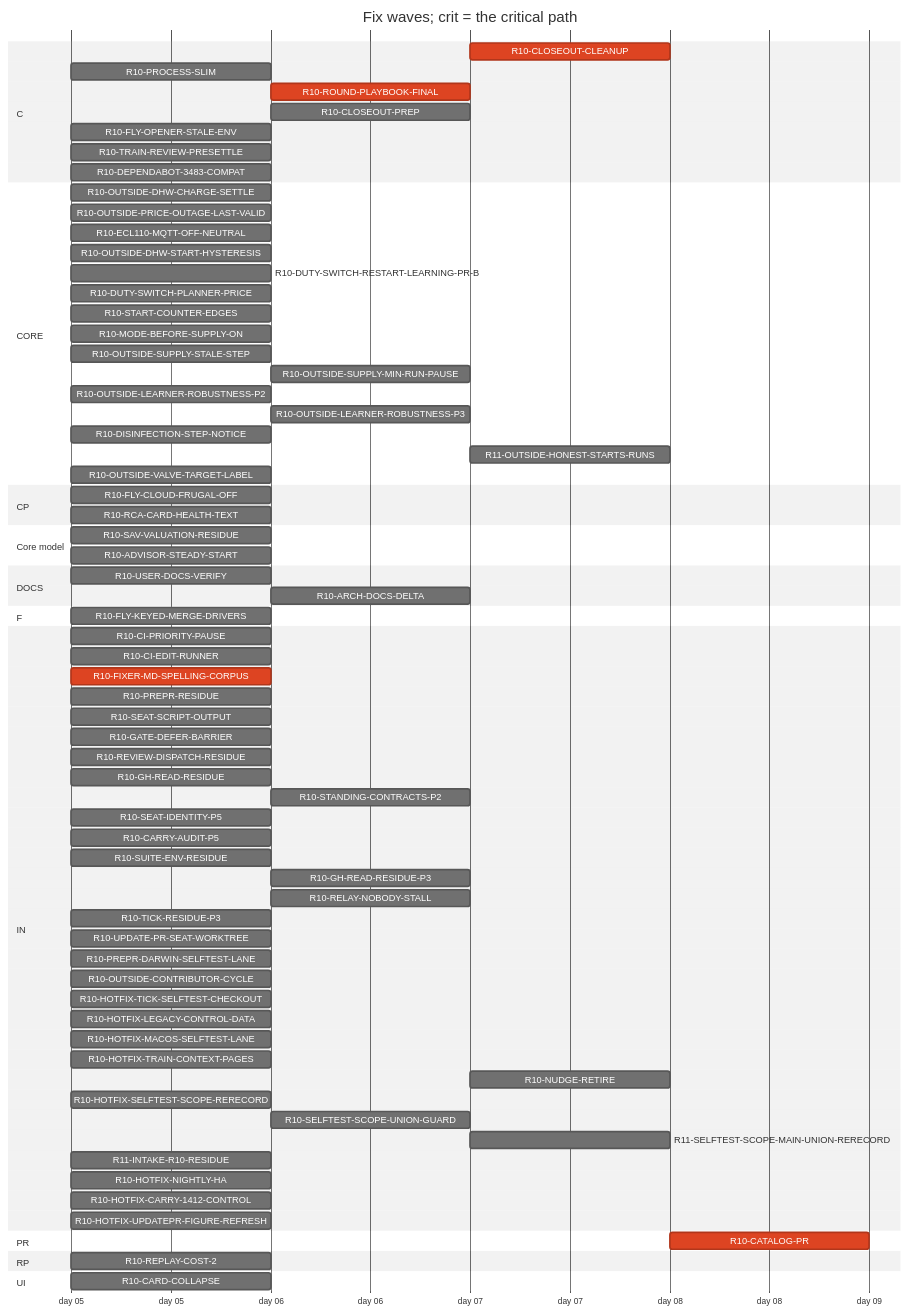
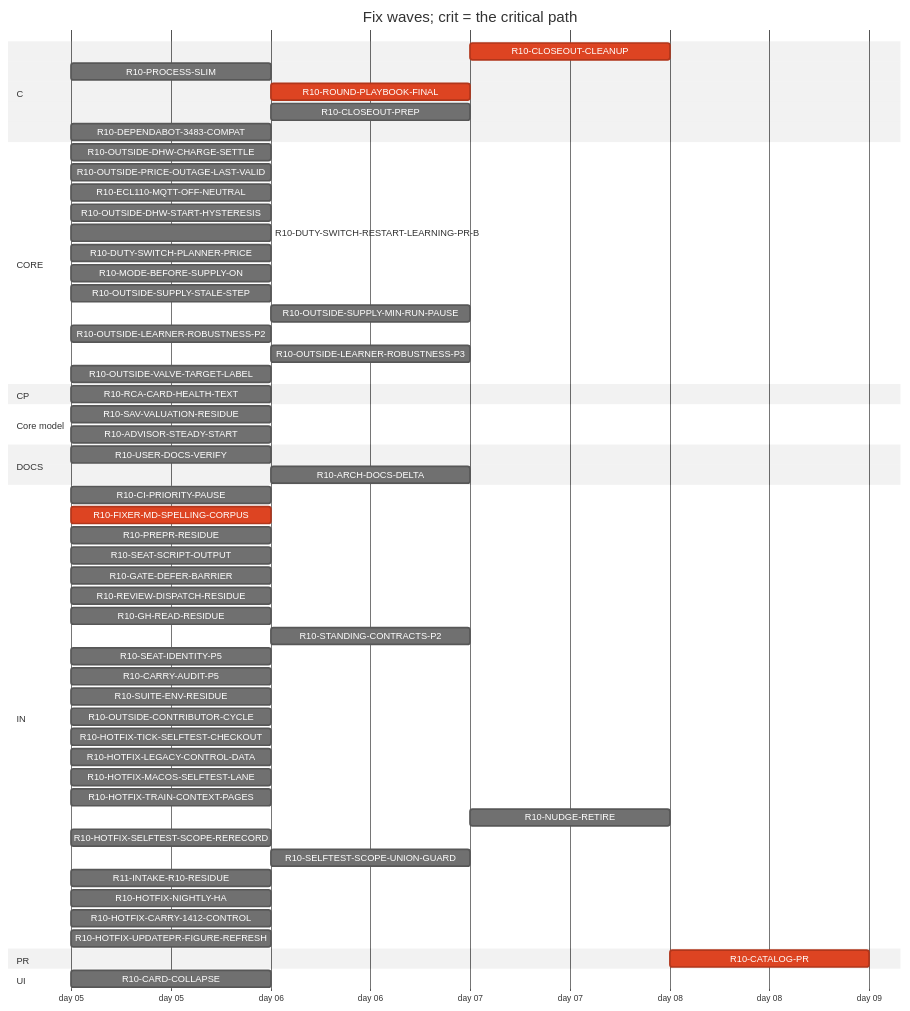
The diagram in handoff/round10/state/PLAN-TABLE.md (tvofi/heatpump_optimizer), drawn with Mermaid (neutral theme) before and after one commit. The commit also changed other lines of this file and 4 other files, not shown here.

Commit message:
state: FLOW-BOARD.md, NEXT-SESSION-PROMPT.md, PLAN-TABLE.md, PLAN.html, RESUME-CURRENT.md regenerated (state_docs.py)

````diff
--- a/handoff/round10/state/PLAN-TABLE.md
+++ b/handoff/round10/state/PLAN-TABLE.md
@@ -23,78 +21,61 @@
 ```mermaid
 gantt
   title Fix waves; crit = the critical path
   dateFormat YYYY-MM-DD
   axisFormat day %d
   section C
     R10-CLOSEOUT-CLEANUP :crit, r10CLOSEOUTCLEANUP, after r10USERDOCSVERIFY r10ROUNDPLAYBOOKFINAL r10CLOSEOUTPREP r10ARCHDOCSDELTA, 1d
     R10-PROCESS-SLIM :r10PROCESSSLIM, 2026-01-05, 1d
     R10-ROUND-PLAYBOOK-FINAL :crit, r10ROUNDPLAYBOOKFINAL, after r10FIXERMDSPELLINGCORPUS, 1d
     R10-CLOSEOUT-PREP :r10CLOSEOUTPREP, after r10FIXERMDSPELLINGCORPUS, 1d
-    R10-FLY-OPENER-STALE-ENV :r10FLYOPENERSTALEENV, 2026-01-05, 1d
-    R10-TRAIN-REVIEW-PRESETTLE :r10TRAINREVIEWPRESETTLE, 2026-01-05, 1d
     R10-DEPENDABOT-3483-COMPAT :r10DEPENDABOT3483COMPAT, 2026-01-05, 1d
   section CORE
     R10-OUTSIDE-DHW-CHARGE-SETTLE :r10OUTSIDEDHWCHARGESETTLE, 2026-01-05, 1d
     R10-OUTSIDE-PRICE-OUTAGE-LAST-VALID :r10OUTSIDEPRICEOUTAGELASTVALID, 2026-01-05, 1d
     R10-ECL110-MQTT-OFF-NEUTRAL :r10ECL110MQTTOFFNEUTRAL, 2026-01-05, 1d
     R10-OUTSIDE-DHW-START-HYSTERESIS :r10OUTSIDEDHWSTARTHYSTERESIS, 2026-01-05, 1d
     R10-DUTY-SWITCH-RESTART-LEARNING-PR-B :r10DUTYSWITCHRESTARTLEARNINGPRB, 2026-01-05, 1d
     R10-DUTY-SWITCH-PLANNER-PRICE :r10DUTYSWITCHPLANNERPRICE, 2026-01-05, 1d
-    R10-START-COUNTER-EDGES :r10STARTCOUNTEREDGES, 2026-01-05, 1d
     R10-MODE-BEFORE-SUPPLY-ON :r10MODEBEFORESUPPLYON, 2026-01-05, 1d
     R10-OUTSIDE-SUPPLY-STALE-STEP :r10OUTSIDESUPPLYSTALESTEP, 2026-01-05, 1d
     R10-OUTSIDE-SUPPLY-MIN-RUN-PAUSE :r10OUTSIDESUPPLYMINRUNPAUSE, after r10OUTSIDESUPPLYSTALESTEP, 1d
     R10-OUTSIDE-LEARNER-ROBUSTNESS-P2 :r10OUTSIDELEARNERROBUSTNESSP2, 2026-01-05, 1d
     R10-OUTSIDE-LEARNER-ROBUSTNESS-P3 :r10OUTSIDELEARNERROBUSTNESSP3, after r10OUTSIDELEARNERROBUSTNESSP2, 1d
-    R10-DISINFECTION-STEP-NOTICE :r10DISINFECTIONSTEPNOTICE, 2026-01-05, 1d
-    R11-OUTSIDE-HONEST-STARTS-RUNS :r11OUTSIDEHONESTSTARTSRUNS, after r10DUTYSWITCHPLANNERPRICE r10OUTSIDEDHWSTARTHYSTERESIS r10OUTSIDESUPPLYMINRUNPAUSE r10ADVISORSTEADYSTART, 1d
     R10-OUTSIDE-VALVE-TARGET-LABEL :r10OUTSIDEVALVETARGETLABEL, 2026-01-05, 1d
   section CP
-    R10-FLY-CLOUD-FRUGAL-OFF :r10FLYCLOUDFRUGALOFF, 2026-01-05, 1d
     R10-RCA-CARD-HEALTH-TEXT :r10RCACARDHEALTHTEXT, 2026-01-05, 1d
   section Core model
     R10-SAV-VALUATION-RESIDUE :r10SAVVALUATIONRESIDUE, 2026-01-05, 1d
     R10-ADVISOR-STEADY-START :r10ADVISORSTEADYSTART, 2026-01-05, 1d
   section DOCS
     R10-USER-DOCS-VERIFY :r10USERDOCSVERIFY, 2026-01-05, 1d
     R10-ARCH-DOCS-DELTA :r10ARCHDOCSDELTA, after r10SAVVALUATIONRESIDUE r10ADVISORSTEADYSTART r10PROCESSSLIM, 1d
-  section F
-    R10-FLY-KEYED-MERGE-DRIVERS :r10FLYKEYEDMERGEDRIVERS, 2026-01-05, 1d
   section IN
     R10-CI-PRIORITY-PAUSE :r10CIPRIORITYPAUSE, 2026-01-05, 1d
-    R10-CI-EDIT-RUNNER :r10CIEDITRUNNER, 2026-01-05, 1d
     R10-FIXER-MD-SPELLING-CORPUS :crit, r10FIXERMDSPELLINGCORPUS, 2026-01-05, 1d
     R10-PREPR-RESIDUE :r10PREPRRESIDUE, 2026-01-05, 1d
     R10-SEAT-SCRIPT-OUTPUT :r10SEATSCRIPTOUTPUT, 2026-01-05, 1d
     R10-GATE-DEFER-BARRIER :r10GATEDEFERBARRIER, 2026-01-05, 1d
     R10-REVIEW-DISPATCH-RESIDUE :r10REVIEWDISPATCHRESIDUE, 2026-01-05, 1d
     R10-GH-READ-RESIDUE :r10GHREADRESIDUE, 2026-01-05, 1d
     R10-STANDING-CONTRACTS-P2 :r10STANDINGCONTRACTSP2, after r10FIXERMDSPELLINGCORPUS, 1d
     R10-SEAT-IDENTITY-P5 :r10SEATIDENTITYP5, 2026-01-05, 1d
     R10-CARRY-AUDIT-P5 :r10CARRYAUDITP5, 2026-01-05, 1d
     R10-SUITE-ENV-RESIDUE :r10SUITEENVRESIDUE, 2026-01-05, 1d
-    R10-GH-READ-RESIDUE-P3 :r10GHREADRESIDUEP3, after r10GHREADRESIDUE, 1d
-    R10-RELAY-NOBODY-STALL :r10RELAYNOBODYSTALL, after r10REVIEWDISPATCHRESIDUE, 1d
-    R10-TICK-RESIDUE-P3 :r10TICKRESIDUEP3, 2026-01-05, 1d
-    R10-UPDATE-PR-SEAT-WORKTREE :r10UPDATEPRSEATWORKTREE, 2026-01-05, 1d
-    R10-PREPR-DARWIN-SELFTEST-LANE :r10PREPRDARWINSELFTESTLANE, 2026-01-05, 1d
     R10-OUTSIDE-CONTRIBUTOR-CYCLE :r10OUTSIDECONTRIBUTORCYCLE, 2026-01-05, 1d
     R10-HOTFIX-TICK-SELFTEST-CHECKOUT :r10HOTFIXTICKSELFTESTCHECKOUT, 2026-01-05, 1d
     R10-HOTFIX-LEGACY-CONTROL-DATA :r10HOTFIXLEGACYCONTROLDATA, 2026-01-05, 1d
     R10-HOTFIX-MACOS-SELFTEST-LANE :r10HOTFIXMACOSSELFTESTLANE, 2026-01-05, 1d
     R10-HOTFIX-TRAIN-CONTEXT-PAGES :r10HOTFIXTRAINCONTEXTPAGES, 2026-01-05, 1d
     R10-NUDGE-RETIRE :r10NUDGERETIRE, after r10ROUNDPLAYBOOKFINAL, 1d
     R10-HOTFIX-SELFTEST-SCOPE-RERECORD :r10HOTFIXSELFTESTSCOPERERECORD, 2026-01-05, 1d
     R10-SELFTEST-SCOPE-UNION-GUARD :r10SELFTESTSCOPEUNIONGUARD, after r10HOTFIXSELFTESTSCOPERERECORD, 1d
-    R11-SELFTEST-SCOPE-MAIN-UNION-RERECORD :r11SELFTESTSCOPEMAINUNIONRERECORD, after r10SELFTESTSCOPEUNIONGUARD, 1d
     R11-INTAKE-R10-RESIDUE :r11INTAKER10RESIDUE, 2026-01-05, 1d
     R10-HOTFIX-NIGHTLY-HA :r10HOTFIXNIGHTLYHA, 2026-01-05, 1d
     R10-HOTFIX-CARRY-1412-CONTROL :r10HOTFIXCARRY1412CONTROL, 2026-01-05, 1d
     R10-HOTFIX-UPDATEPR-FIGURE-REFRESH :r10HOTFIXUPDATEPRFIGUREREFRESH, 2026-01-05, 1d
   section PR
     R10-CATALOG-PR :crit, r10CATALOGPR, after r10USERDOCSVERIFY r10ROUNDPLAYBOOKFINAL r10CLOSEOUTCLEANUP r10CLOSEOUTPREP r10ARCHDOCSDELTA, 1d
-  section RP
-    R10-REPLAY-COST-2 :r10REPLAYCOST2, 2026-01-05, 1d
   section UI
     R10-CARD-COLLAPSE :r10CARDCOLLAPSE, 2026-01-05, 1d
 ```
````
